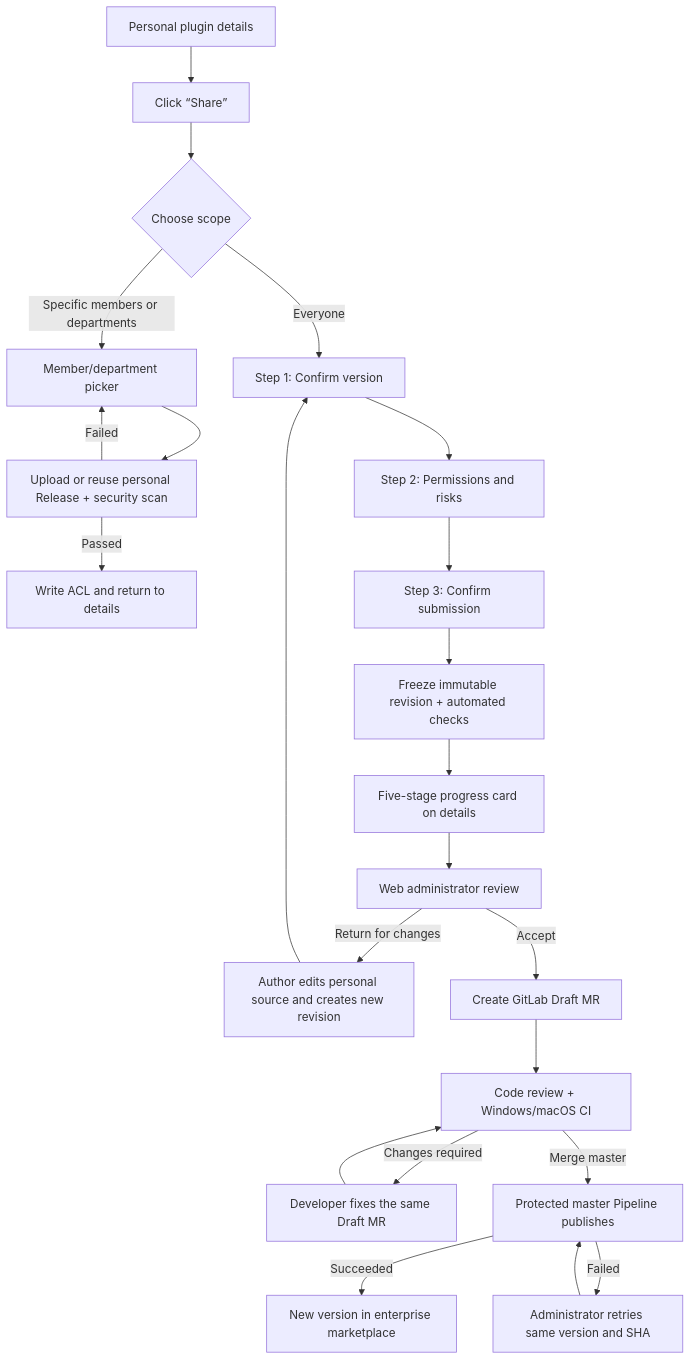
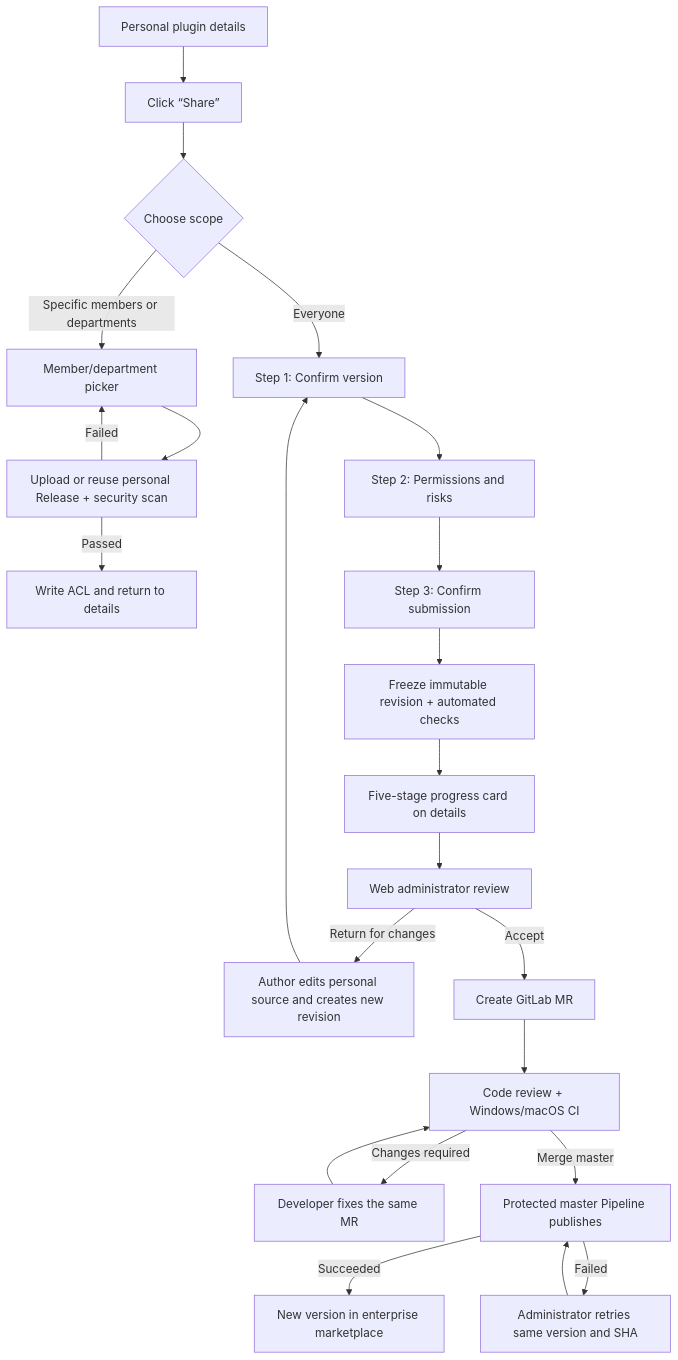
The diagram in docs/en/wework/developer-guide/feature-wework-plugin-publication-design.md (wecode-ai/Wegent), drawn with Mermaid before and after one commit. The commit also changed other lines of this file and 77 other files, not shown here.

````diff
--- a/docs/en/wework/developer-guide/feature-wework-plugin-publication-design.md
+++ b/docs/en/wework/developer-guide/feature-wework-plugin-publication-design.md
@@ -66,25 +66,25 @@
 ```mermaid
 flowchart TD
   A[Personal plugin details] --> B[Click “Share”]
   B --> C{Choose scope}
   C -->|Specific members or departments| D[Member/department picker]
   D --> E[Upload or reuse personal Release + security scan]
   E -->|Passed| F[Write ACL and return to details]
   E -->|Failed| D
   C -->|Everyone| G[Step 1: Confirm version]
   G --> H[Step 2: Permissions and risks]
   H --> I[Step 3: Confirm submission]
   I --> J[Freeze immutable revision + automated checks]
   J --> K[Five-stage progress card on details]
   K --> L[Web administrator review]
   L -->|Return for changes| M[Author edits personal source and creates new revision]
   M --> G
-  L -->|Accept| N[Create GitLab Draft MR]
+  L -->|Accept| N[Create GitLab MR]
   N --> O[Code review + Windows/macOS CI]
-  O -->|Changes required| O1[Developer fixes the same Draft MR]
+  O -->|Changes required| O1[Developer fixes the same MR]
   O1 --> O
   O -->|Merge master| P[Protected master Pipeline publishes]
   P -->|Succeeded| Q[New version in enterprise marketplace]
   P -->|Failed| R[Administrator retries same version and SHA]
   R --> P
 ```
````
